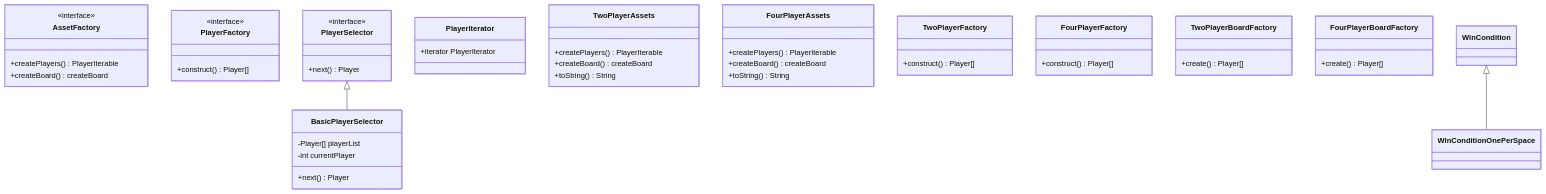
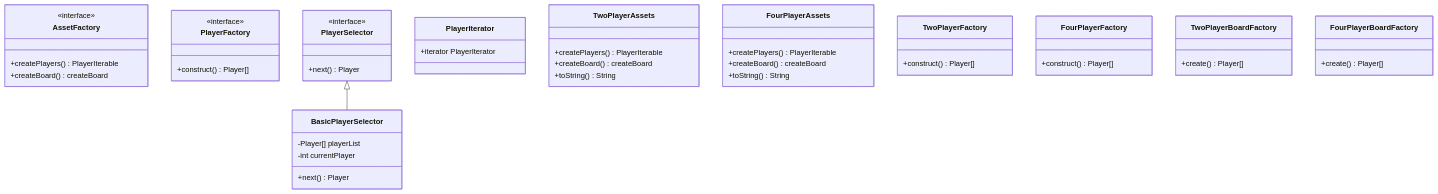
One commit to Luke3470/DesignPaternsUni changed the fourth of 4 diagrams in README.md. Above: the diagram before and after it, drawn with Mermaid.

````diff
--- a/README.md
+++ b/README.md
@@ -120,57 +120,56 @@
 ```mermaid
 classDiagram
 
     class AssetFactory {
         <<interface>>
         +createPlayers() PlayerIterable
         +createBoard() createBoard
     }
     
     class PlayerFactory{
         <<interface>>
         +construct() Player[]    
     }
     
     class PlayerSelector{
         <<interface>>
         +next() Player
     }
     
     class BasicPlayerSelector{
         -Player[] playerList
         -int currentPlayer
         +next() Player
     }
     class PlayerIterator{
         +iterator PlayerIterator
     }
         
     class TwoPlayerAssets{
         +createPlayers() PlayerIterable
         +createBoard() createBoard
         +toString() String
     }
     
     class FourPlayerAssets{
         +createPlayers() PlayerIterable
         +createBoard() createBoard
         +toString() String
     }
     
     class TwoPlayerFactory{
         +construct() Player[]    
     }
     
     class FourPlayerFactory{
         +construct() Player[]    
     }
     class TwoPlayerBoardFactory{
         +create() Player[]    
     }
     class FourPlayerBoardFactory{
         +create() Player[]    
     }
         
     PlayerSelector <|-- BasicPlayerSelector
-    WinCondition <|-- WinConditionOnePerSpace
 ```
````
